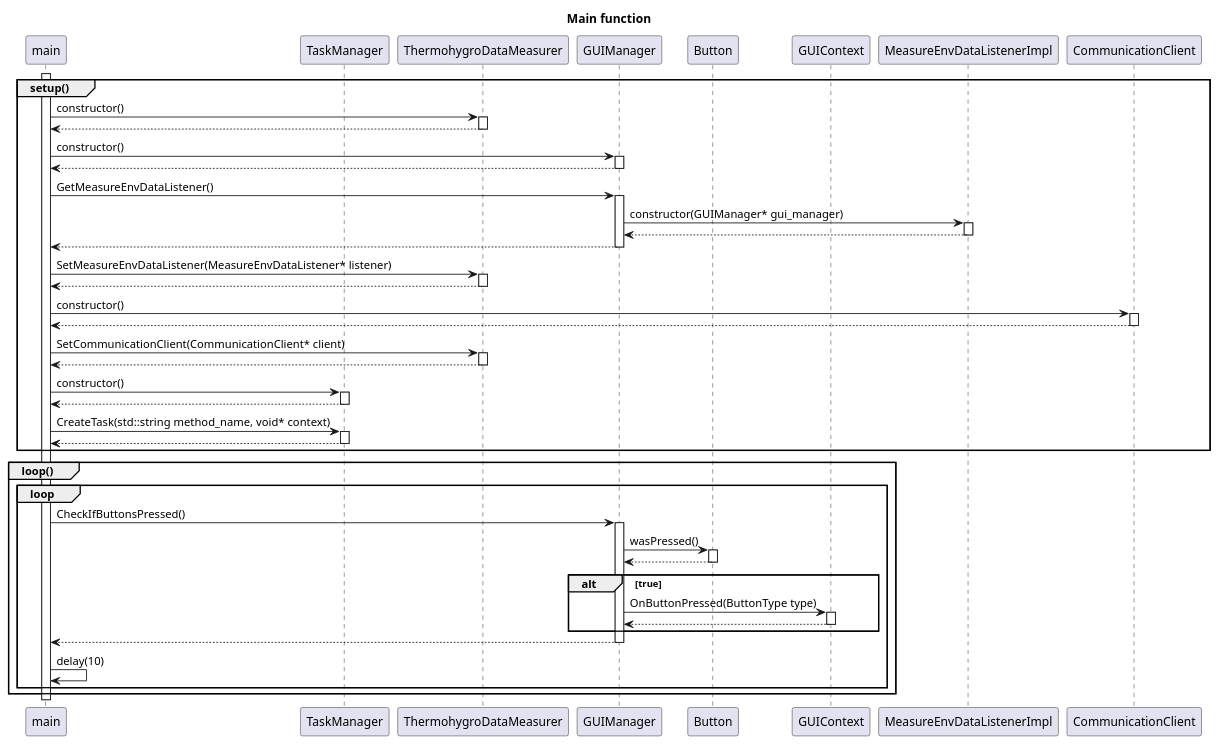
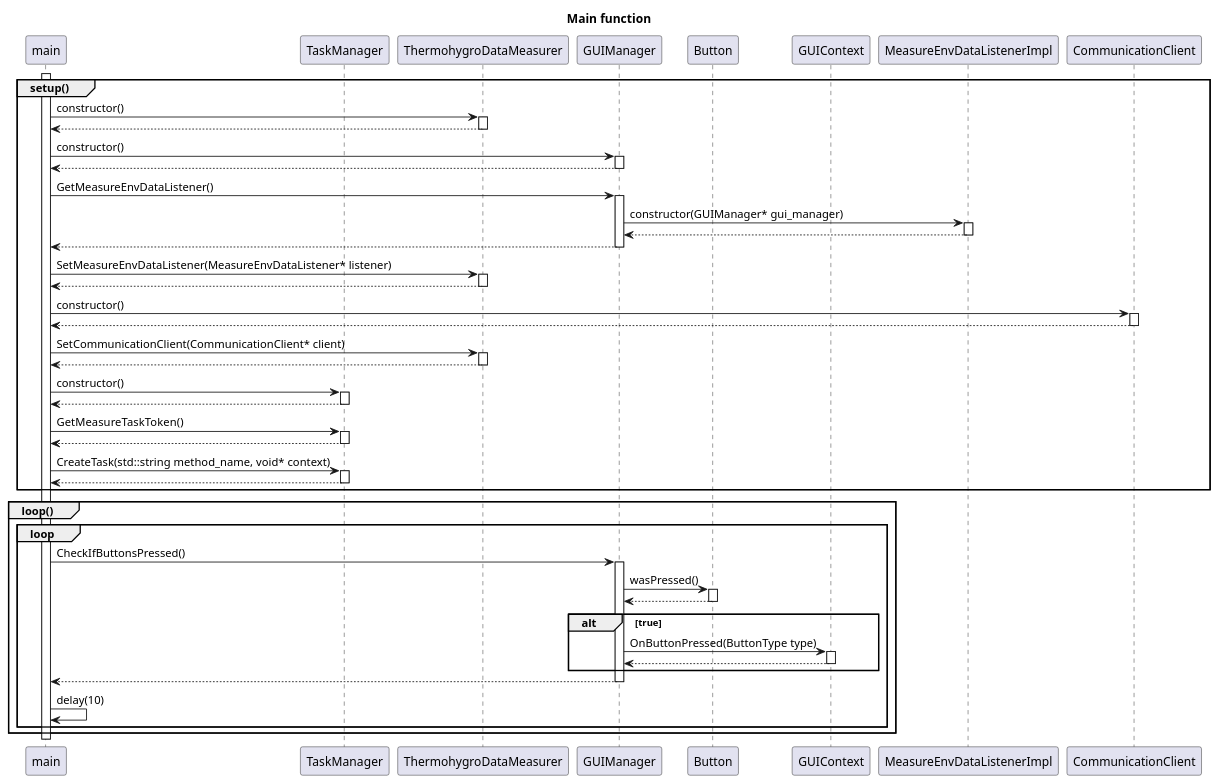
The diagram in DesignDocs/M5StackThermohygrometer/sequence_diagram_main.pu (chukeblo/thermohygrometer), drawn with PlantUML before and after one commit. The commit also changed 1 other file, not shown here.

Commit message:
modify sequence of getting measure task token

```diff
--- a/DesignDocs/M5StackThermohygrometer/sequence_diagram_main.pu
+++ b/DesignDocs/M5StackThermohygrometer/sequence_diagram_main.pu
@@ -1,63 +1,66 @@
 @startuml main
 title Main function
 
 participant main
 participant TaskManager
 participant ThermohygroDataMeasurer
 participant GUIManager
 participant Button
 participant GUIContext
 participant MeasureEnvDataListenerImpl
 participant CommunicationClient
 
 activate main
 group setup()
     main -> ThermohygroDataMeasurer: constructor()
     activate ThermohygroDataMeasurer
     return
     main -> GUIManager: constructor()
     activate GUIManager
     return
     main -> GUIManager: GetMeasureEnvDataListener()
     activate GUIManager
     GUIManager -> MeasureEnvDataListenerImpl: constructor(GUIManager* gui_manager)
     activate MeasureEnvDataListenerImpl
     return
     return
     main -> ThermohygroDataMeasurer: SetMeasureEnvDataListener(MeasureEnvDataListener* listener)
     activate ThermohygroDataMeasurer
     return
     main -> CommunicationClient: constructor()
     activate CommunicationClient
     return
     main -> ThermohygroDataMeasurer: SetCommunicationClient(CommunicationClient* client)
     activate ThermohygroDataMeasurer
     return
     main -> TaskManager: constructor()
     activate TaskManager
     return
+    main -> TaskManager: GetMeasureTaskToken()
+    activate TaskManager
+    return
     main -> TaskManager: CreateTask(std::string method_name, void* context)
     activate TaskManager
     return
 end
 
 group loop()
     loop
         main -> GUIManager: CheckIfButtonsPressed()
         activate GUIManager
         GUIManager -> Button: wasPressed()
         activate Button
         return
         alt true
             GUIManager -> GUIContext: OnButtonPressed(ButtonType type)
             activate GUIContext
             return
         end
         return
         main -> main: delay(10)
     end
 end
 deactivate main
 
 
 @enduml
```
